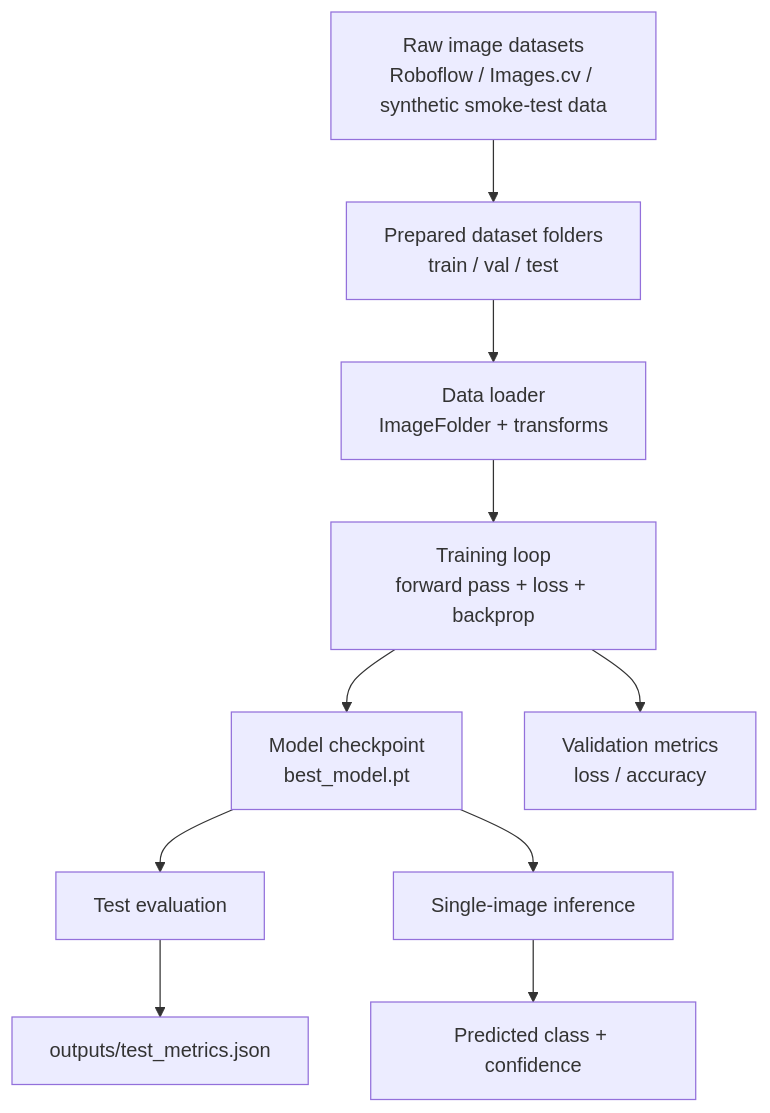
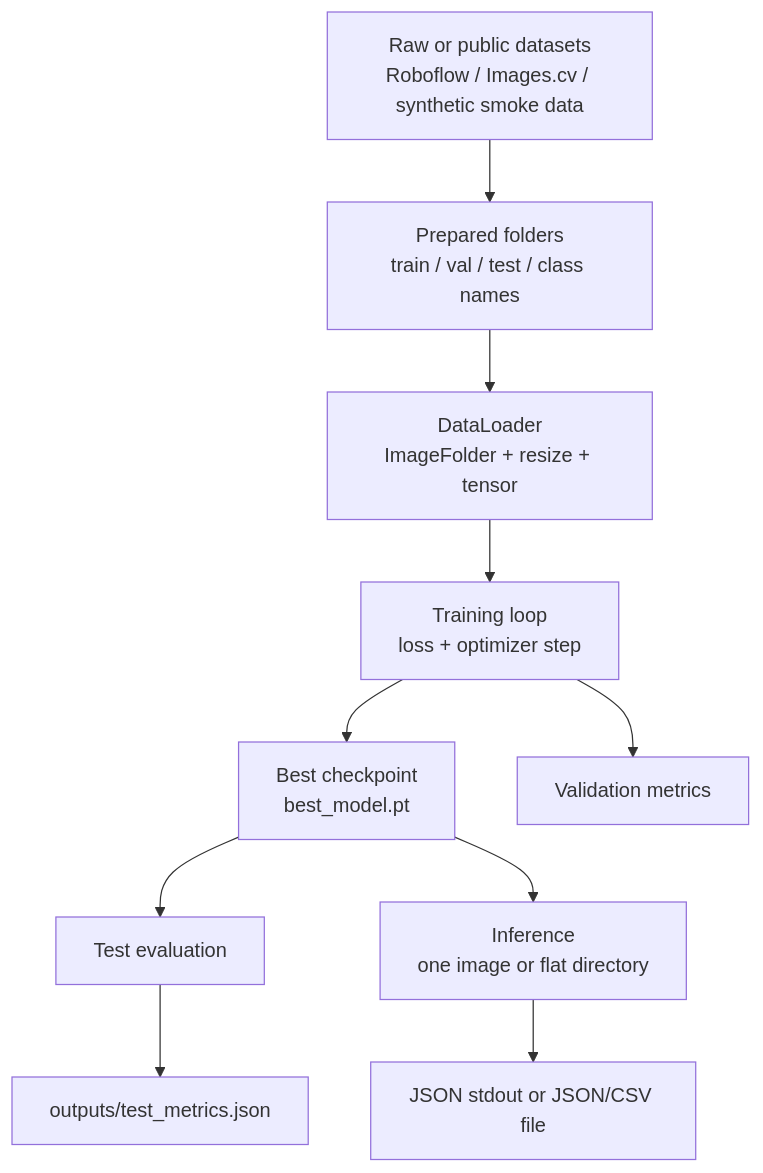
The first of 3 diagrams in docs/architecture.md (minstonnguyen/CMPE188-emergency-vehicle-classification), drawn with Mermaid before and after one commit. The commit also changed other lines of this file and 25 other files, not shown here.

First line of the commit message:
Add quality tooling, tests, smoke pipeline, and data prep CLI.

````diff
--- a/docs/architecture.md
+++ b/docs/architecture.md
@@ -7,12 +7,12 @@
 ```mermaid
 flowchart TD
-    A[Raw image datasets\nRoboflow / Images.cv / synthetic smoke-test data] --> B[Prepared dataset folders\ntrain / val / test]
-    B --> C[Data loader\nImageFolder + transforms]
-    C --> D[Training loop\nforward pass + loss + backprop]
-    D --> E[Model checkpoint\nbest_model.pt]
-    D --> F[Validation metrics\nloss / accuracy]
+    A[Raw or public datasets\nRoboflow / Images.cv / synthetic smoke data] --> B[Prepared folders\ntrain / val / test / class names]
+    B --> C[DataLoader\nImageFolder + resize + tensor]
+    C --> D[Training loop\nloss + optimizer step]
+    D --> E[Best checkpoint\nbest_model.pt]
+    D --> F[Validation metrics]
     E --> G[Test evaluation]
     G --> H[outputs/test_metrics.json]
-    E --> I[Single-image inference]
-    I --> J[Predicted class + confidence]
+    E --> I[Inference\none image or flat directory]
+    I --> J[JSON stdout or JSON/CSV file]
 ```
````
